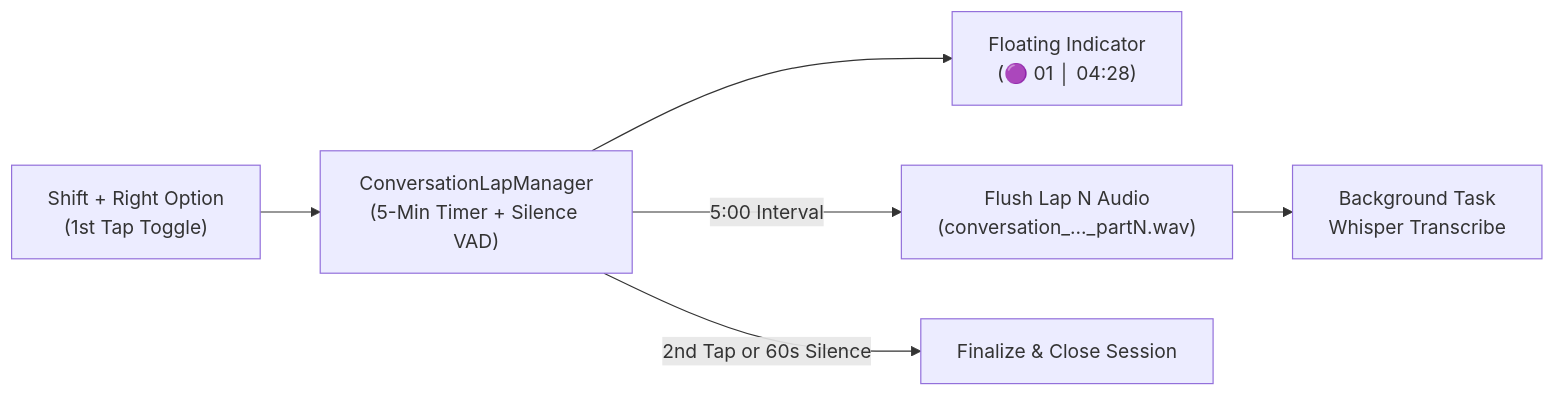
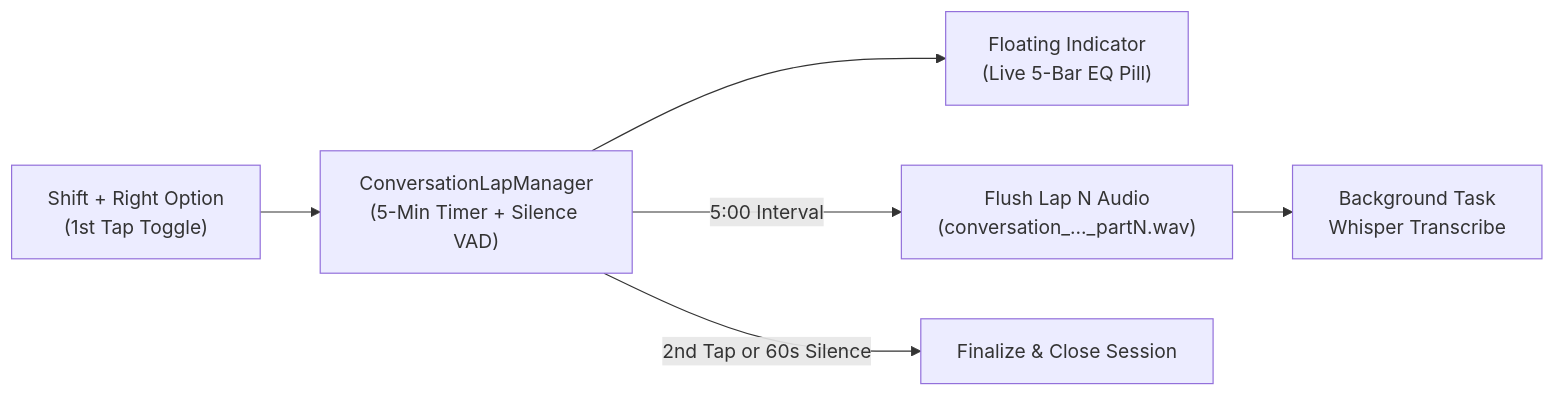
The diagram in 4_TECHNICAL_SPECIFICATION.md (burubur/voicetyper), drawn with Mermaid before and after one commit. The commit also changed other lines of this file and 3 other files, not shown here.

Commit message:
docs: synchronize README, PRD, technical spec, and test scenarios with latest architecture and UI

````diff
--- a/4_TECHNICAL_SPECIFICATION.md
+++ b/4_TECHNICAL_SPECIFICATION.md
@@ -90,8 +96,8 @@
 ```mermaid
 graph LR
     A["Shift + Right Option<br/>(1st Tap Toggle)"] --> B["ConversationLapManager<br/>(5-Min Timer + Silence VAD)"]
-    B --> C["Floating Indicator<br/>(🟣 01 │ 04:28)"]
+    B --> C["Floating Indicator<br/>(Live 5-Bar EQ Pill)"]
     B -->|5:00 Interval| D["Flush Lap N Audio<br/>(conversation_..._partN.wav)"]
     D --> E["Background Task<br/>Whisper Transcribe"]
     B -->|2nd Tap or 60s Silence| F["Finalize & Close Session"]
 ```
````
